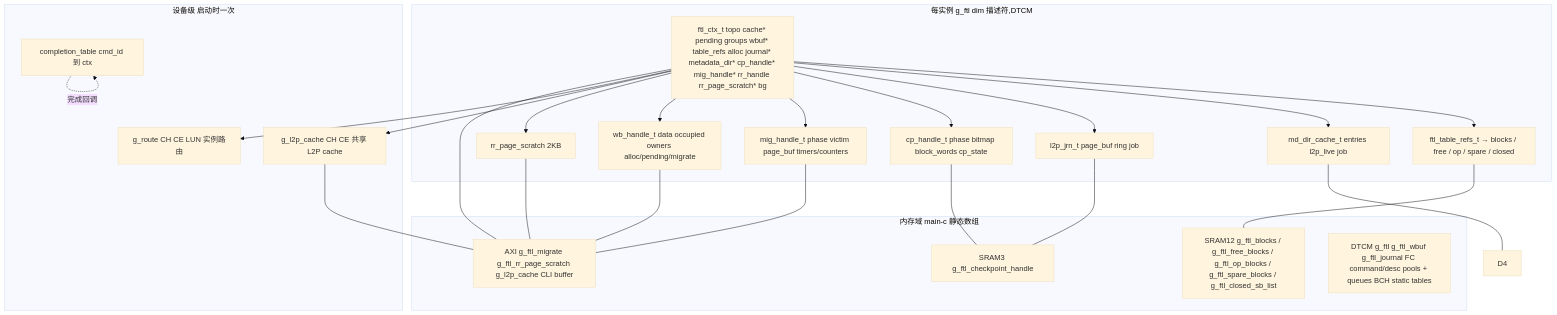
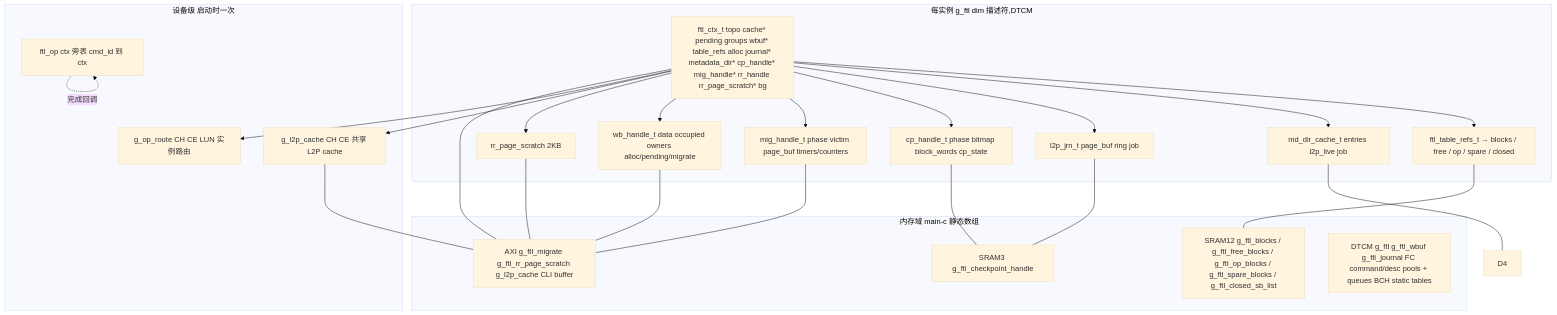
Before and after one commit to YzYMIAO/BASESSD: diagram 32 of 32 in docs/design/ftl_design.md, drawn with Mermaid (base theme). The commit also changed other lines of this file and 20 other files, not shown here.

First line of the commit message:
refactor(ftl): completion_table 并入 ftl_op，统一完成派发面

````diff
--- a/docs/design/ftl_design.md
+++ b/docs/design/ftl_design.md
@@ -4168,46 +4168,46 @@
 ```mermaid
 flowchart TB
     subgraph "设备级 启动时一次"
-        ROUTE["g_route CH CE LUN 实例路由"]
-        CT["completion_table cmd_id 到 ctx"]
+        ROUTE["g_op_route CH CE LUN 实例路由"]
+        CT["ftl_op ctx 旁表 cmd_id 到 ctx"]
         LC["g_l2p_cache CH CE 共享 L2P cache"]
     end
 
     subgraph "每实例 g_ftl dim 描述符,DTCM"
         CTX["ftl_ctx_t topo cache* pending groups wbuf* table_refs alloc journal* metadata_dir* cp_handle* mig_handle* rr_handle rr_page_scratch* bg"]
         TAB["ftl_table_refs_t → blocks / free / op / spare / closed"]
         MD["md_dir_cache_t entries l2p_live job"]
         JRN["l2p_jrn_t page_buf ring job"]
         CPJ["cp_handle_t phase bitmap block_words cp_state"]
         MIG["mig_handle_t phase victim page_buf timers/counters"]
         WB["wb_handle_t data occupied owners alloc/pending/migrate"]
         RRS["rr_page_scratch 2KB"]
     end
 
     subgraph "内存域 main-c 静态数组"
         D12["SRAM12 g_ftl_blocks / g_ftl_free_blocks / g_ftl_op_blocks / g_ftl_spare_blocks / g_ftl_closed_sb_list"]
         D3["SRAM3 g_ftl_checkpoint_handle"]
         AX["AXI g_ftl_migrate g_ftl_rr_page_scratch g_l2p_cache CLI buffer"]
         DT["DTCM g_ftl g_ftl_wbuf g_ftl_journal FC command/desc pools + queues BCH static tables"]
     end
 
     CTX --> TAB
     CTX --> MD
     CTX --> JRN
     CTX --> CPJ
     CTX --> MIG
     CTX --> WB
     CTX --> RRS
     CTX --> LC
     CTX --> ROUTE
     CT -.->|完成回调| CT
     TAB --- D12
     CPJ --- D3
     JRN --- D3
     MD --- D4
     MIG --- AX
     WB --- AX
     RRS --- AX
     CTX --- AX
     LC --- AX
 ```
````
